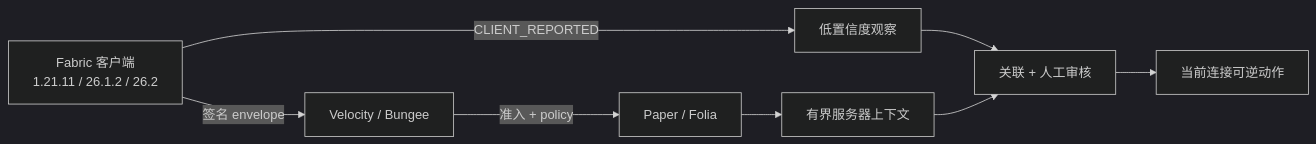
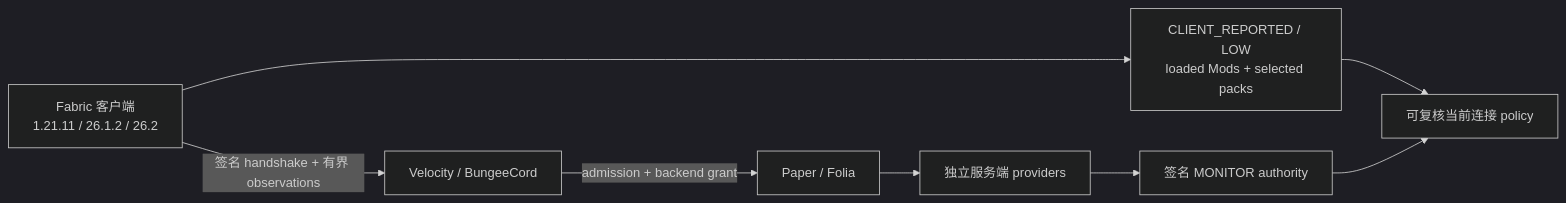
The diagram in README_CN.md (TypeThe0ry/MCAce), drawn with Mermaid (dark theme) before and after one commit. The commit also changed other lines of this file and 964 other files, not shown here.

````diff
--- a/README_CN.md
+++ b/README_CN.md
@@ -166,10 +533,18 @@
 ```mermaid
 flowchart LR
-  c[Fabric 客户端\n1.21.11 / 26.1.2 / 26.2] -->|签名 envelope| p[Velocity / Bungee]
-  p -->|准入 + policy| s[Paper / Folia]
-  c -->|CLIENT_REPORTED| o[低置信度观察]
-  s --> x[有界服务器上下文]
-  o --> r[关联 + 人工审核]
-  x --> r
-  r --> a[当前连接可逆动作]
+  C[Fabric 客户端\n1.21.11 / 26.1.2 / 26.2]
+  P[Velocity / BungeeCord]
+  B[Paper / Folia]
+  O[CLIENT_REPORTED / LOW\nloaded Mods + selected packs]
+  S[独立服务端 providers]
+  A[签名 MONITOR authority]
+  R[可复核当前连接 policy]
+
+  C -->|签名 handshake + 有界 observations| P
+  P -->|admission + backend grant| B
+  C --> O
+  B --> S
+  S --> A
+  O --> R
+  A --> R
 ```
````
